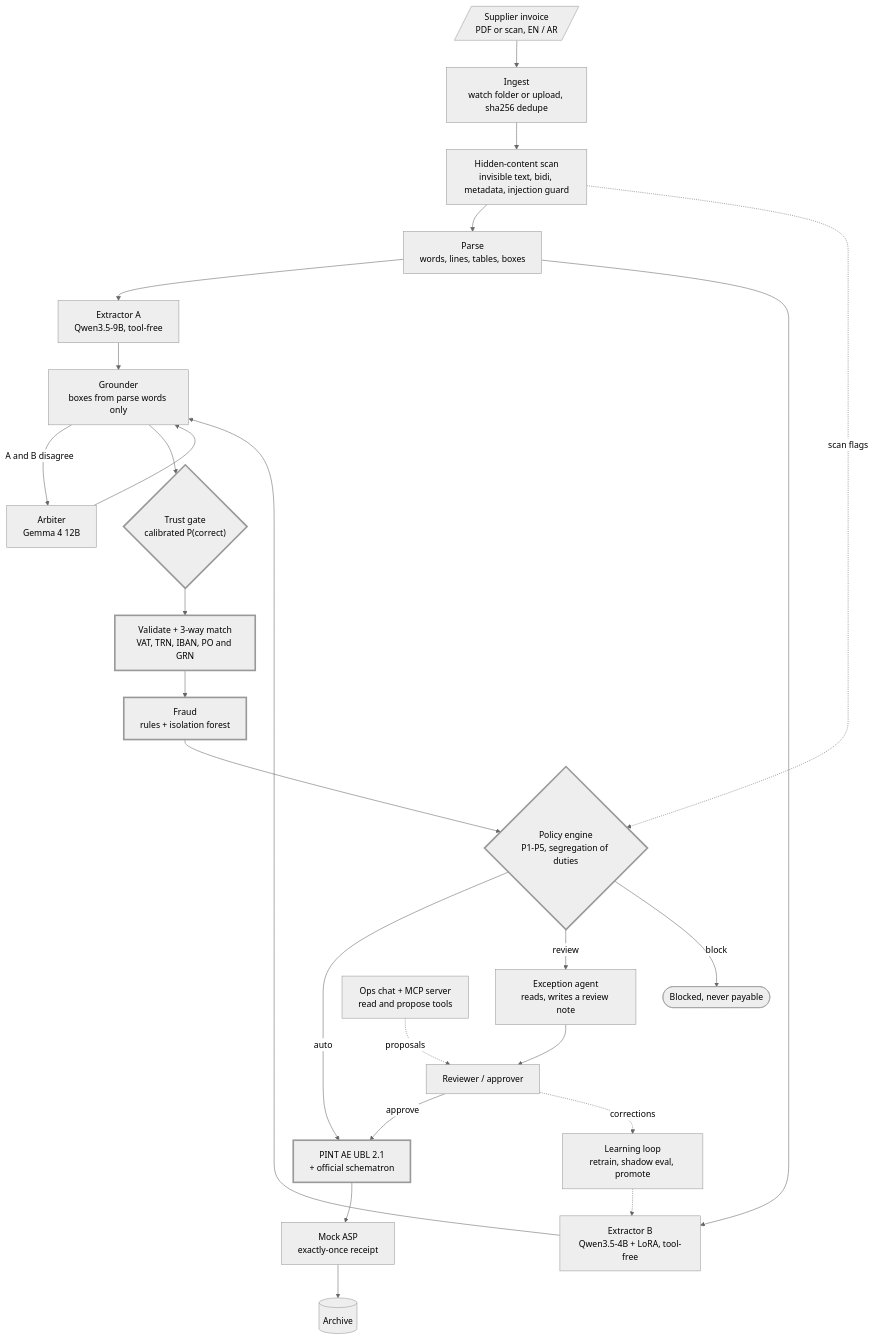
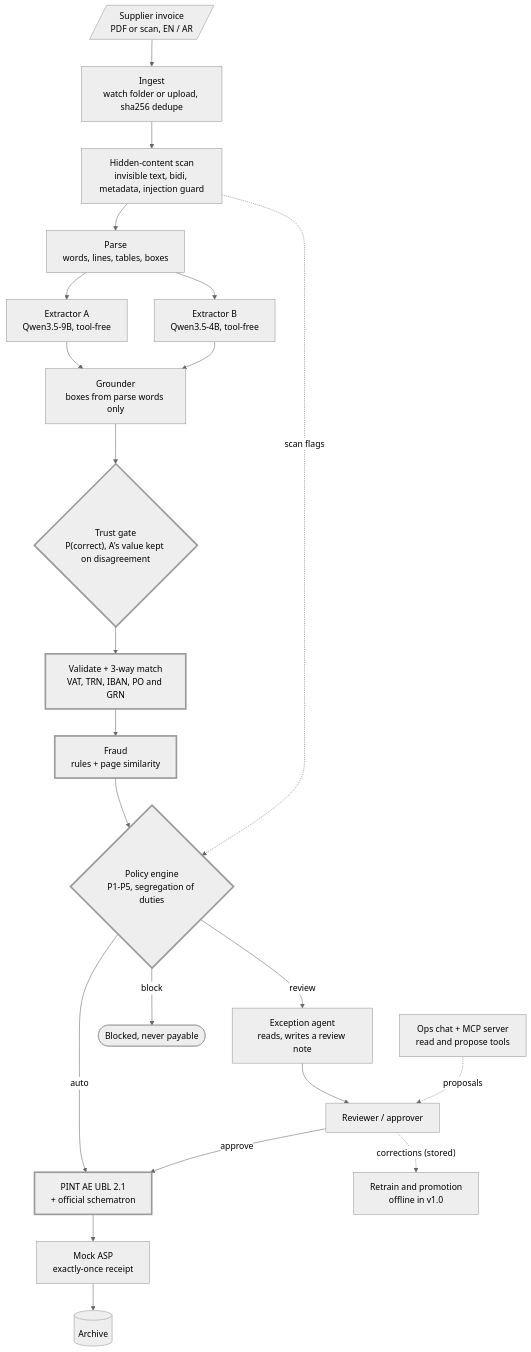
Before and after one commit to AdityaAg8/sovereign-ap-autopilot: the diagram in README.md, drawn with Mermaid (neutral theme). The commit also changed other lines of this file, not shown here.

````diff
--- a/README.md
+++ b/README.md
@@ -88,30 +89,27 @@
 ```mermaid
 flowchart TD
   DOC[/"Supplier invoice<br/>PDF or scan, EN / AR"/] --> ING["Ingest<br/>watch folder or upload, sha256 dedupe"]
   ING --> SCAN["Hidden-content scan<br/>invisible text, bidi, metadata, injection guard"]
   SCAN --> PARSE["Parse<br/>words, lines, tables, boxes"]
   PARSE --> XA["Extractor A<br/>Qwen3.5-9B, tool-free"]
-  PARSE --> XB["Extractor B<br/>Qwen3.5-4B + LoRA, tool-free"]
+  PARSE --> XB["Extractor B<br/>Qwen3.5-4B, tool-free"]
   XA --> GR["Grounder<br/>boxes from parse words only"]
   XB --> GR
-  GR -->|"A and B disagree"| ARB["Arbiter<br/>Gemma 4 12B"]
-  ARB --> GR
-  GR --> TG{"Trust gate<br/>calibrated P(correct)"}
+  GR --> TG{"Trust gate<br/>P(correct), A's value kept on disagreement"}
   TG --> VAL["Validate + 3-way match<br/>VAT, TRN, IBAN, PO and GRN"]
-  VAL --> FR["Fraud<br/>rules + isolation forest"]
+  VAL --> FR["Fraud<br/>rules + page similarity"]
   FR --> POL{"Policy engine<br/>P1-P5, segregation of duties"}
   SCAN -. "scan flags" .-> POL
   POL -->|auto| UBL["PINT AE UBL 2.1<br/>+ official schematron"]
   POL -->|review| AG["Exception agent<br/>reads, writes a review note"]
   POL -->|block| BLK(["Blocked, never payable"])
   AG --> HUM["Reviewer / approver"]
   CHAT["Ops chat + MCP server<br/>read and propose tools"] -. proposals .-> HUM
   HUM -->|approve| UBL
   UBL --> ASP["Mock ASP<br/>exactly-once receipt"]
   ASP --> ARC[("Archive")]
-  HUM -. corrections .-> LL["Learning loop<br/>retrain, shadow eval, promote"]
-  LL -.-> XB
+  HUM -. "corrections (stored)" .-> LL["Retrain and promotion<br/>offline in v1.0"]
 
   classDef check stroke-width:3px
   class TG,VAL,FR,POL,UBL check
 ```
````
